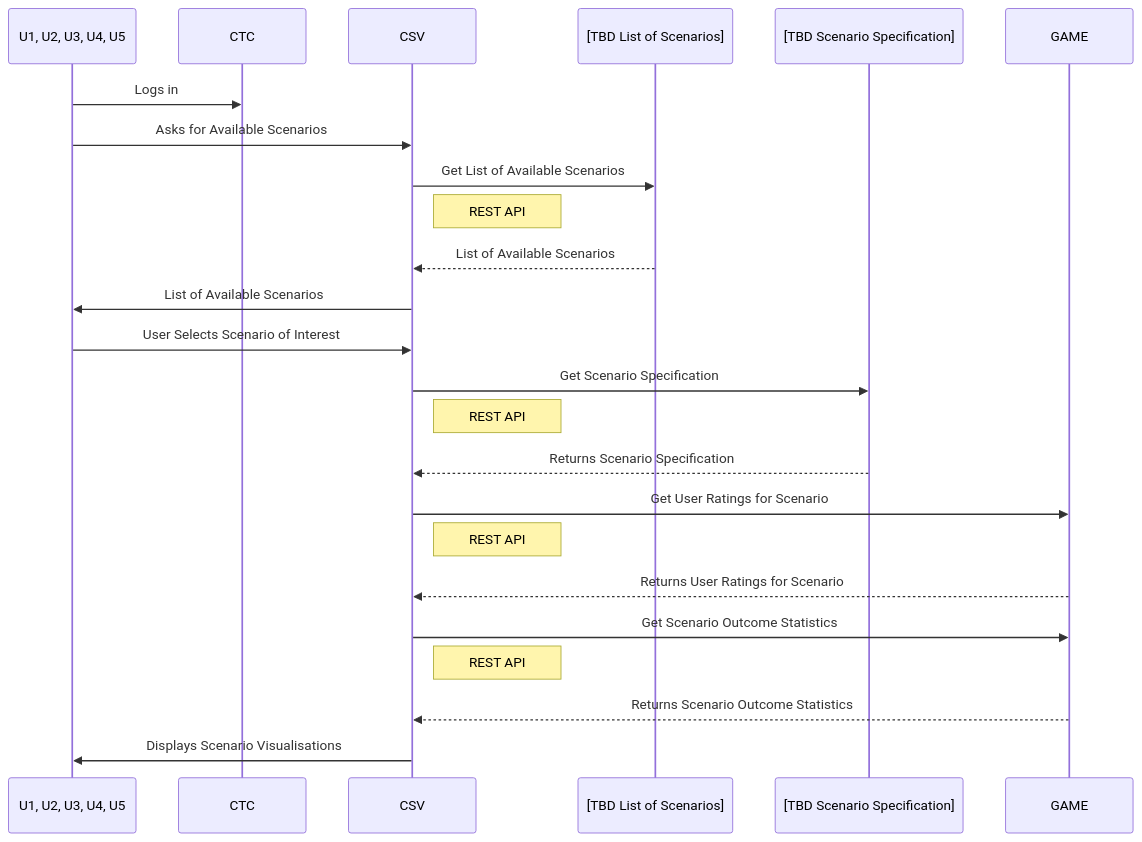
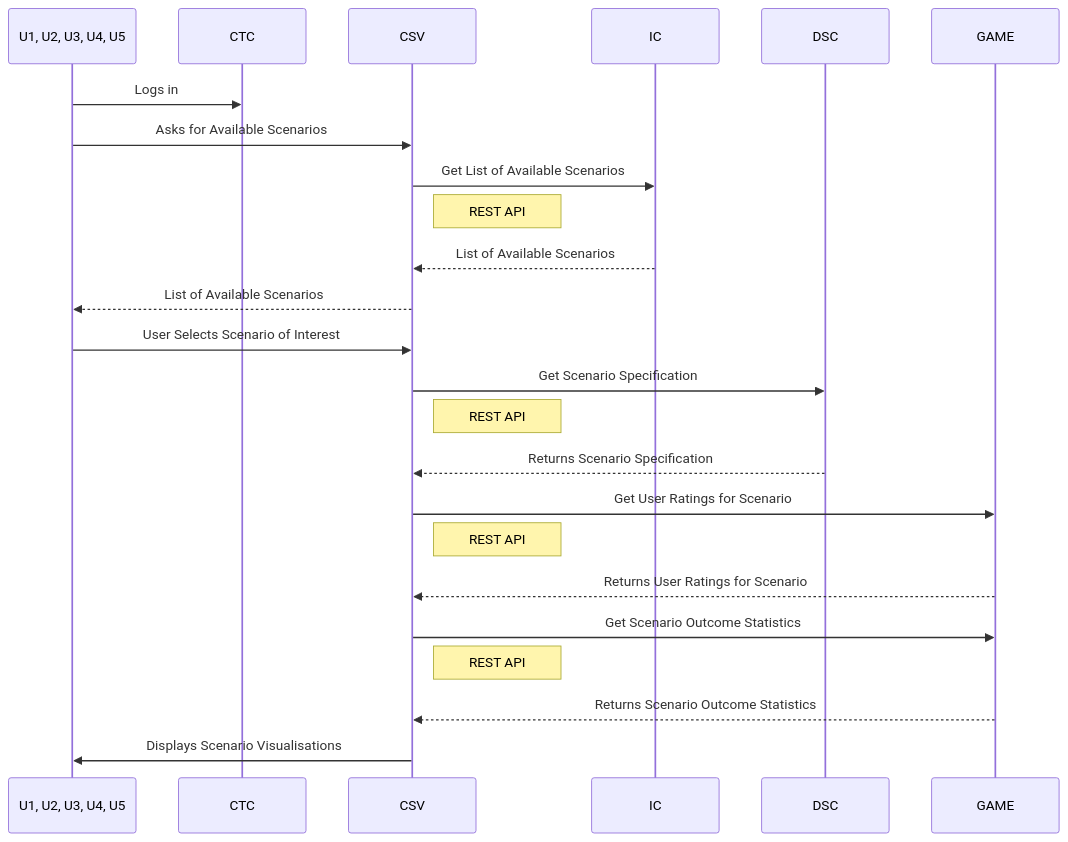
Before and after one commit to mactsouk/UC-mermaid: the diagram in UC-A-04.md, drawn with Mermaid. The commit also changed other lines of this file and 3 other files, not shown here.

````diff
--- a/UC-A-04.md
+++ b/UC-A-04.md
@@ -3,33 +8,33 @@
 ```mermaid
 sequenceDiagram
     participant U as U1, U2, U3, U4, U5
     participant CTC
     participant CSV
-    participant TBD1 as [TBD List of Scenarios]
-    participant TBD2 as [TBD Scenario Specification]
+    participant TBD1 as IC
+    participant TBD2 as DSC
     participant GAME
 
     U->>CTC: Logs in
     U->>CSV: Asks for Available Scenarios
 
     CSV->>TBD1: Get List of Available Scenarios
     Note right of CSV: REST API
     TBD1-->>CSV: List of Available Scenarios
 
-    CSV->>U: List of Available Scenarios
+    CSV-->>U: List of Available Scenarios
     U->>CSV: User Selects Scenario of Interest
 
     CSV->>TBD2: Get Scenario Specification
     Note right of CSV: REST API
     TBD2-->>CSV: Returns Scenario Specification
 
     CSV->>GAME: Get User Ratings for Scenario
     Note right of CSV: REST API
     GAME-->>CSV: Returns User Ratings for Scenario
 
     CSV->>GAME: Get Scenario Outcome Statistics
     Note right of CSV: REST API
     GAME-->>CSV: Returns Scenario Outcome Statistics
 
     CSV->>U: Displays Scenario Visualisations
 ```
````
